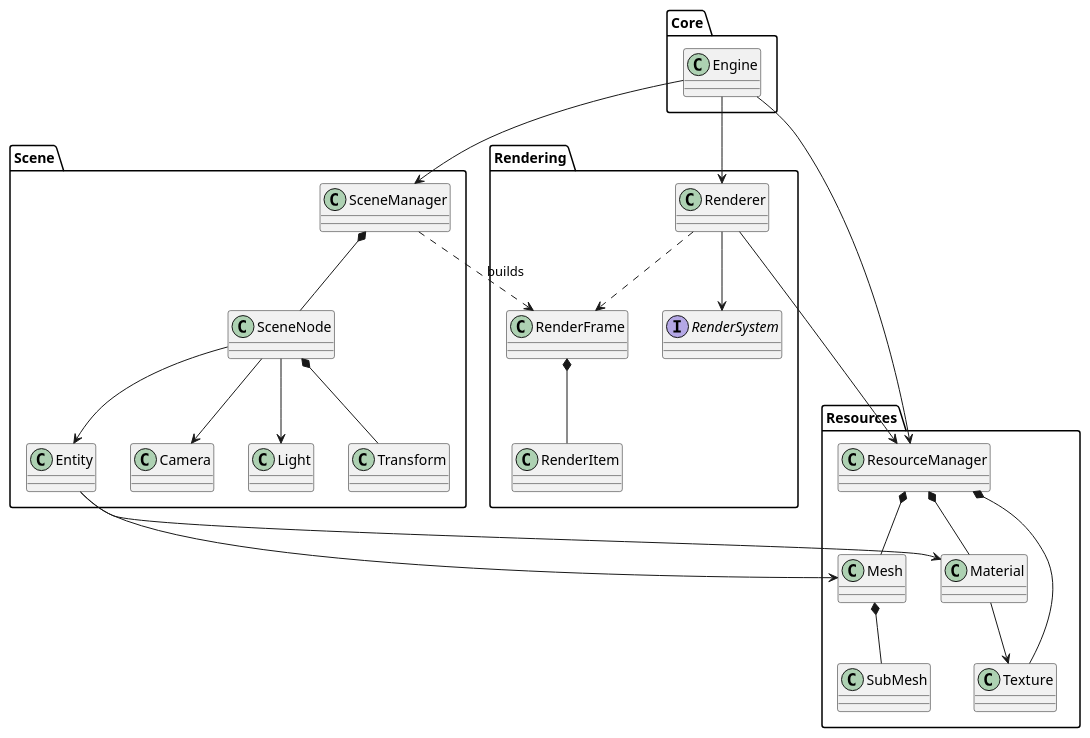
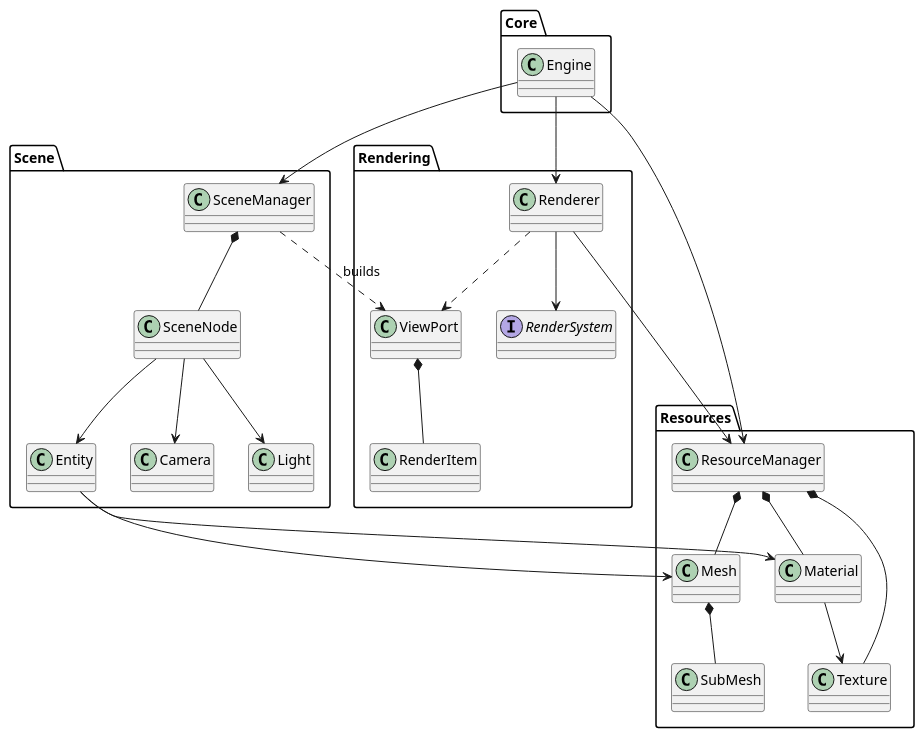
The first of 5 diagrams in docs/FREAK_Engine_Architecture.md (BFGEG/BFGE), drawn with PlantUML before and after one commit. The commit also changed other lines of this file and 1 other file, not shown here.

````diff
--- a/docs/FREAK_Engine_Architecture.md
+++ b/docs/FREAK_Engine_Architecture.md
@@ -1147,63 +1083,61 @@
 ```plantuml
 @startuml
 
 package Core {
     class Engine
 }
 
 package Scene {
     class SceneManager
     class SceneNode
-    class Transform
 
     class Entity
     class Camera
     class Light
 }
 
 package Resources {
     class ResourceManager
     class Mesh
     class SubMesh
     class Material
     class Texture
 }
 
 package Rendering {
-    class RenderFrame
+    class ViewPort
     class RenderItem
 
     interface RenderSystem
     class Renderer
 }
 
 Engine --> SceneManager
 Engine --> ResourceManager
 Engine --> Renderer
 
 SceneManager *-- SceneNode
-SceneNode *-- Transform
 
 SceneNode --> Entity
 SceneNode --> Camera
 SceneNode --> Light
 
 Entity --> Mesh
 Entity --> Material
 
 ResourceManager *-- Mesh
 ResourceManager *-- Material
 ResourceManager *-- Texture
 
 Mesh *-- SubMesh
 Material --> Texture
 
-SceneManager ..> RenderFrame : builds
-RenderFrame *-- RenderItem
+SceneManager ..> ViewPort : builds
+ViewPort *-- RenderItem
 
 Renderer --> RenderSystem
-Renderer ..> RenderFrame
+Renderer ..> ViewPort
 Renderer --> ResourceManager
 
 @enduml
 ```
````
